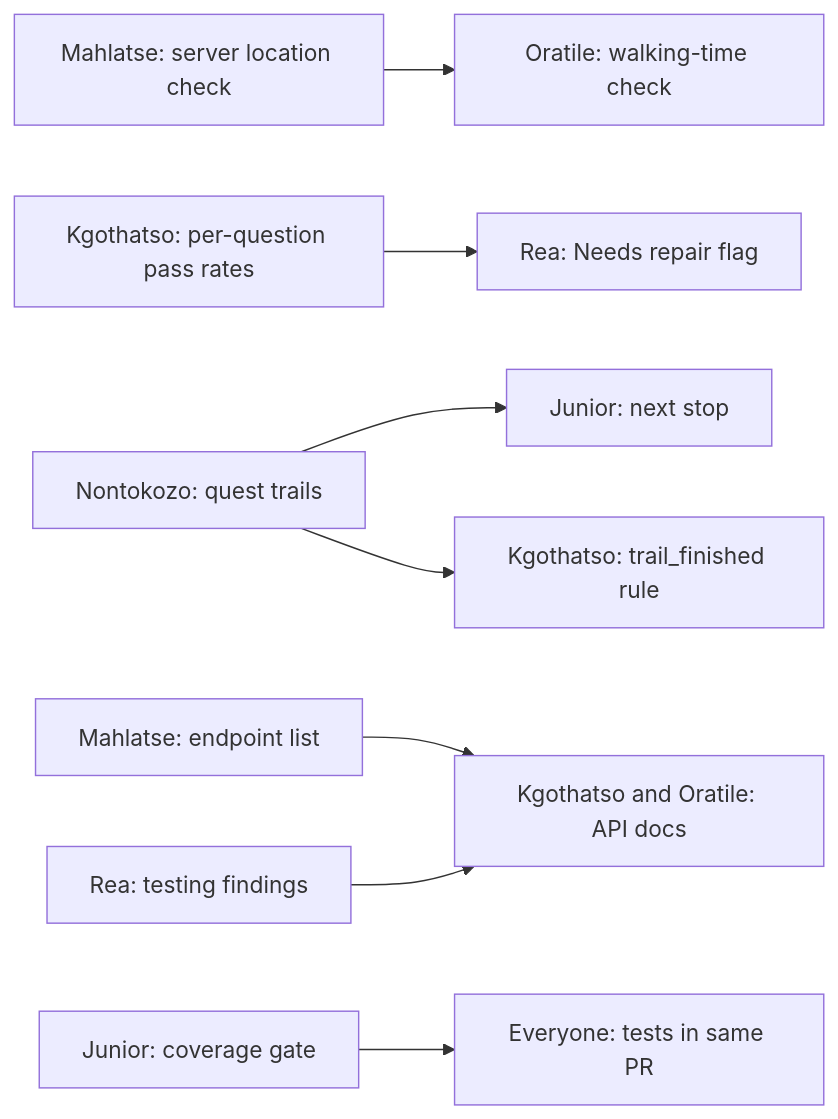
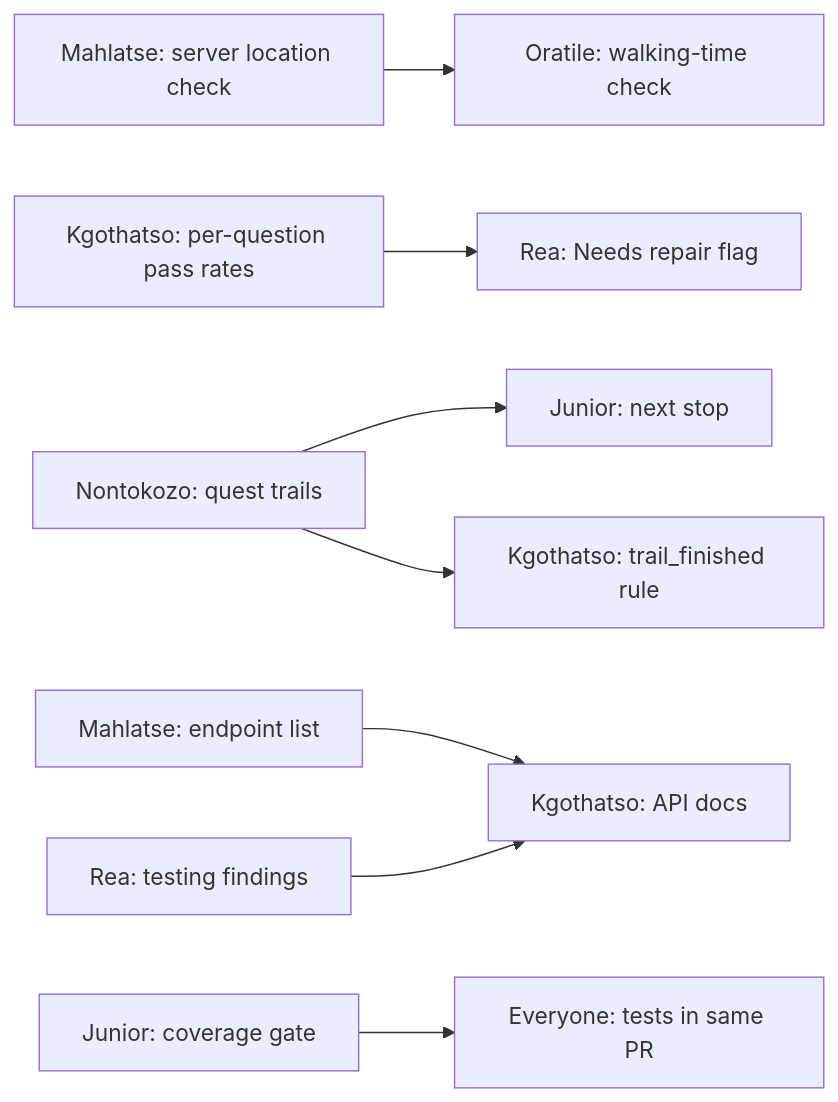
One commit to NkadimengKgothatso/-wits-quest changed the diagram in docs/sprints/SPRINT3_TASK_BOARD.md. Above: the diagram before and after it, drawn with Mermaid. The commit also changed other lines of this file and 3 other files, not shown here.

````diff
--- a/docs/sprints/SPRINT3_TASK_BOARD.md
+++ b/docs/sprints/SPRINT3_TASK_BOARD.md
@@ -40,10 +40,10 @@
 ```mermaid
 flowchart LR
     M1[Mahlatse: server location check] --> O1[Oratile: walking-time check]
     K2[Kgothatso: per-question pass rates] --> R4[Rea: Needs repair flag]
     N2[Nontokozo: quest trails] --> J3[Junior: next stop]
     N2 --> K1[Kgothatso: trail_finished rule]
-    M5[Mahlatse: endpoint list] --> D[Kgothatso and Oratile: API docs]
+    M5[Mahlatse: endpoint list] --> D[Kgothatso: API docs]
     R5[Rea: testing findings] --> D
     J4[Junior: coverage gate] --> ALL[Everyone: tests in same PR]
 ```
````
